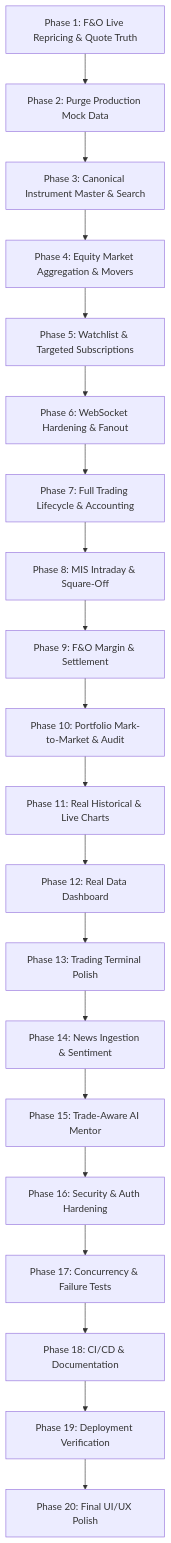
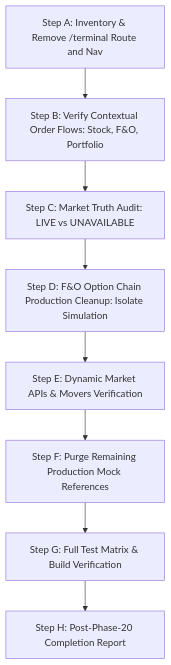
The diagram in docs/MASTER_PLAN_DOS_AND_EXECUTION_GUIDE.md (Dhiraj10002/Stock-Simulator), drawn with Mermaid before and after one commit. The commit also changed other lines of this file, not shown here.

Commit message:
docs: update master plan with post-phase-20 executive decision, list of DO's, and terminal removal guide

````diff
--- a/docs/MASTER_PLAN_DOS_AND_EXECUTION_GUIDE.md
+++ b/docs/MASTER_PLAN_DOS_AND_EXECUTION_GUIDE.md
@@ -109,22 +106,10 @@
 ```mermaid
 graph TD
-    P1[Phase 1: F&O Live Repricing & Quote Truth] --> P2[Phase 2: Purge Production Mock Data]
-    P2 --> P3[Phase 3: Canonical Instrument Master & Search]
-    P3 --> P4[Phase 4: Equity Market Aggregation & Movers]
-    P4 --> P5[Phase 5: Watchlist & Targeted Subscriptions]
-    P5 --> P6[Phase 6: WebSocket Hardening & Fanout]
-    P6 --> P7[Phase 7: Full Trading Lifecycle & Accounting]
-    P7 --> P8[Phase 8: MIS Intraday & Square-Off]
-    P8 --> P9[Phase 9: F&O Margin & Settlement]
-    P9 --> P10[Phase 10: Portfolio Mark-to-Market & Audit]
-    P10 --> P11[Phase 11: Real Historical & Live Charts]
-    P11 --> P12[Phase 12: Real Data Dashboard]
-    P12 --> P13[Phase 13: Trading Terminal Polish]
-    P13 --> P14[Phase 14: News Ingestion & Sentiment]
-    P14 --> P15[Phase 15: Trade-Aware AI Mentor]
-    P15 --> P16[Phase 16: Security & Auth Hardening]
-    P16 --> P17[Phase 17: Concurrency & Failure Tests]
-    P17 --> P18[Phase 18: CI/CD & Documentation]
-    P18 --> P19[Phase 19: Deployment Verification]
-    P19 --> P20[Phase 20: Final UI/UX Polish]
+    A[Step A: Inventory & Remove /terminal Route and Nav] --> B[Step B: Verify Contextual Order Flows: Stock, F&O, Portfolio]
+    B --> C[Step C: Market Truth Audit: LIVE vs UNAVAILABLE]
+    C --> D[Step D: F&O Option Chain Production Cleanup: Isolate Simulation]
+    D --> E[Step E: Dynamic Market APIs & Movers Verification]
+    E --> F[Step F: Purge Remaining Production Mock References]
+    F --> G[Step G: Full Test Matrix & Build Verification]
+    G --> H[Step H: Post-Phase-20 Completion Report]
 ```
````
